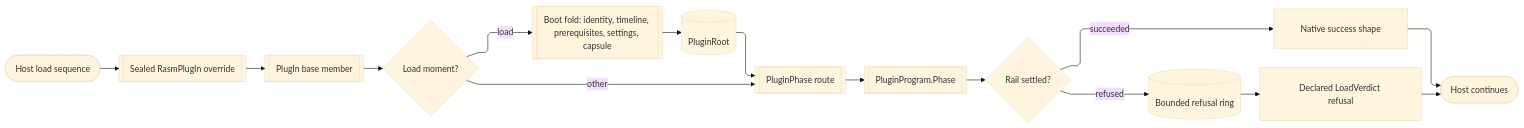
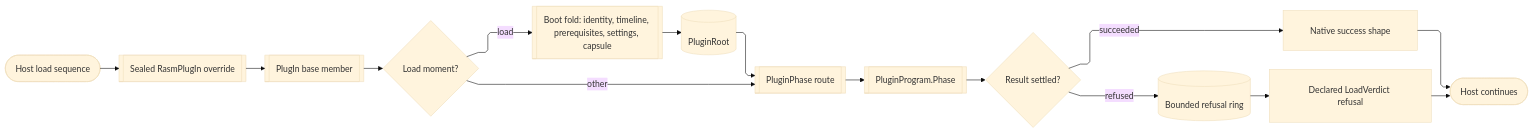
The diagram in libs/dotnet/Rasm.Rhino/.planning/Plugin/lifecycle.md (bsamiee/Rasm), drawn with Mermaid (base theme) before and after one commit. The commit also changed other lines of this file and 1997 other files, not shown here.

First line of the commit message:
docs: rename rail to result and seam to boundary across the corpus

````diff
--- a/libs/dotnet/Rasm.Rhino/.planning/Plugin/lifecycle.md
+++ b/libs/dotnet/Rasm.Rhino/.planning/Plugin/lifecycle.md
@@ -480,26 +478,26 @@
 ```mermaid
 ---
 config:
   layout: elk
   flowchart:
     curve: linear
     padding: 25
 ---
 flowchart LR
     accTitle: Rasm.Rhino plugin load root and hook custody
     accDescr: The host load sequence entering one sealed RasmPlugIn override, which chains the PlugIn base member first and then either runs the boot fold that resolves package identity, the session timeline, registry prerequisites, the settings node, and the shell capsule into one PluginRoot, or routes a typed PluginPhase onto the program hook. Both settle either as the native success shape or as a refusal that parks its error on the adapter refusal ring and answers the declared LoadVerdict refusal code, so every path returns to the host and no hook fault re-enters the loader.
     Host([Host load sequence]) e1@--> Override[[Sealed RasmPlugIn override]]
     Override e2@--> Base[[PlugIn base member]]
     Base e3@--> Kind{Load moment?}
     Kind e4@-->|"load"| Boot[[Boot fold: identity, timeline, prerequisites, settings, capsule]]
     Kind e5@-->|"other"| Phase[[PluginPhase route]]
     Boot e6@--> Root[(PluginRoot)]
     Root e7@--> Phase
     Phase e8@--> Hook[[PluginProgram.Phase]]
-    Hook e9@--> Settled{Rail settled?}
+    Hook e9@--> Settled{Result settled?}
     Settled f1@-->|"succeeded"| Native[Native success shape]
     Settled f2@-->|"refused"| Ledger[(Bounded refusal ring)]
     Ledger f3@--> Refusal[Declared LoadVerdict refusal]
     Native f4@--> Return([Host continues])
     Refusal f5@--> Return
 ```
````
